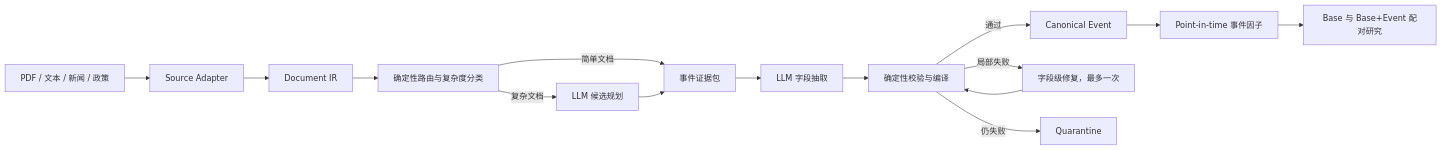
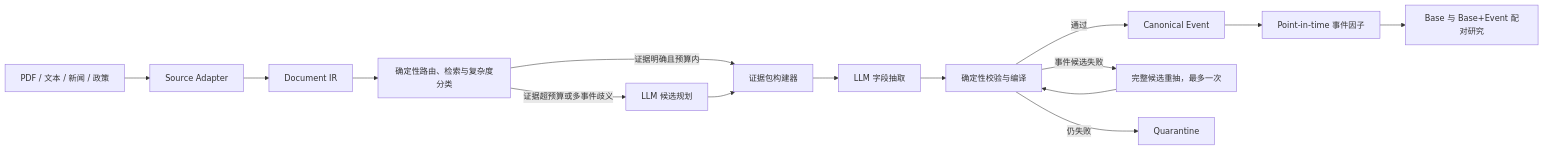
Before and after one commit to skaleto/stock-analyze: the first of 3 diagrams in docs/superpowers/specs/2026-08-09-structured-semantic-extraction-harness-design.md, drawn with Mermaid. The commit also changed other lines of this file and 1 other file, not shown here.

Commit message:
docs: refine semantic extraction architecture

````diff
--- a/docs/superpowers/specs/2026-08-09-structured-semantic-extraction-harness-design.md
+++ b/docs/superpowers/specs/2026-08-09-structured-semantic-extraction-harness-design.md
@@ -42,17 +56,17 @@
 ```mermaid
 flowchart LR
     A["PDF / 文本 / 新闻 / 政策"] --> B["Source Adapter"]
     B --> C["Document IR"]
-    C --> D["确定性路由与复杂度分类"]
-    D -->|"简单文档"| F["事件证据包"]
-    D -->|"复杂文档"| E["LLM 候选规划"]
-    E --> F
+    C --> D["确定性路由、检索与复杂度分类"]
+    D -->|"证据明确且预算内"| F["事件证据包"]
+    D -->|"证据超预算或多事件歧义"| E["LLM 候选规划"]
+    E --> F["证据包构建器"]
     F --> G["LLM 字段抽取"]
     G --> H["确定性校验与编译"]
     H -->|"通过"| I["Canonical Event"]
-    H -->|"局部失败"| J["字段级修复，最多一次"]
+    H -->|"事件候选失败"| J["完整候选重抽，最多一次"]
     J --> H
     H -->|"仍失败"| K["Quarantine"]
     I --> L["Point-in-time 事件因子"]
     L --> M["Base 与 Base+Event 配对研究"]
 ```
````
